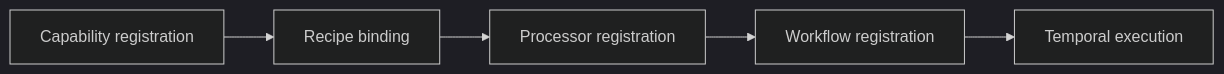
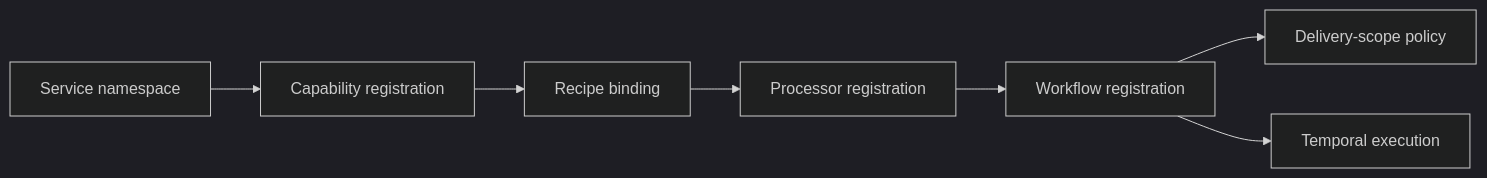
Before and after one commit to Yeusepe/cdngine: diagram 15 of 15 in docs/architecture.md, drawn with Mermaid (dark theme). The commit also changed other lines of this file and 23 other files, not shown here.

````diff
--- a/docs/architecture.md
+++ b/docs/architecture.md
@@ -685,7 +940,9 @@
 ```mermaid
 flowchart LR
+    Namespace["Service namespace"] --> Capability["Capability registration"]
     Capability["Capability registration"] --> Binding["Recipe binding"]
     Binding --> Processor["Processor registration"]
     Processor --> Workflow["Workflow registration"]
+    Workflow --> DeliveryScope["Delivery-scope policy"]
     Workflow --> Execution["Temporal execution"]
 ```
````
